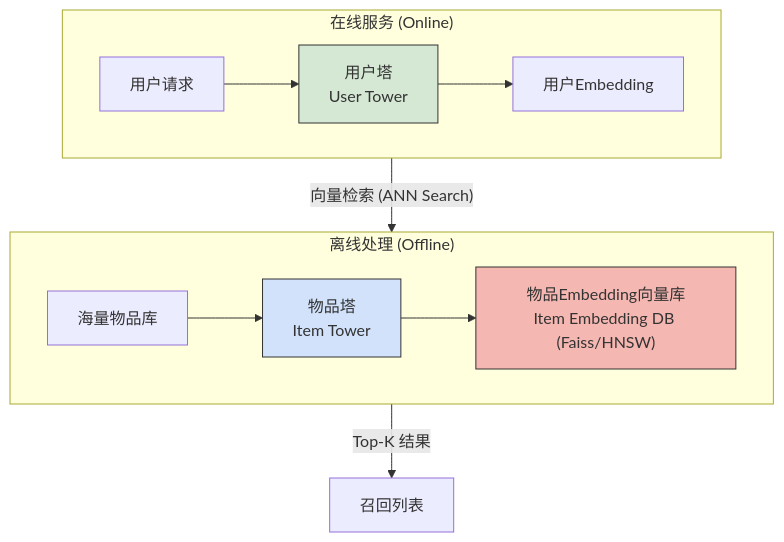
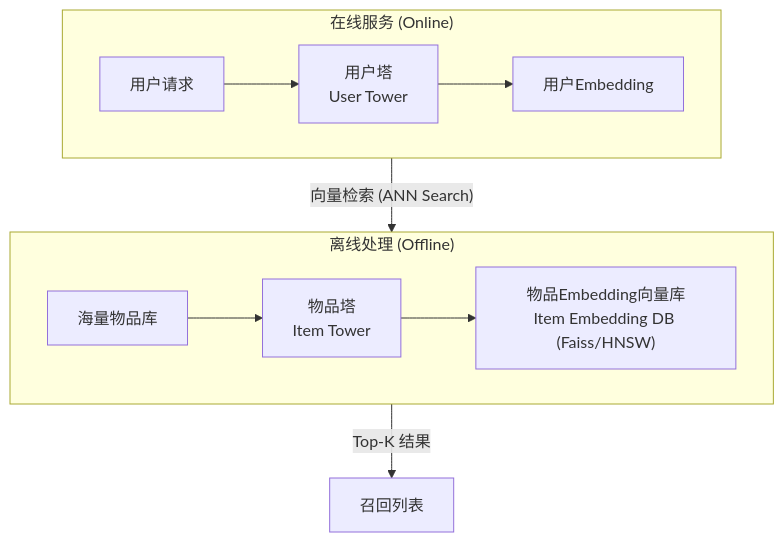
The diagram in docs/zh/3.第三章：推荐算法--比你更懂你的贴心小棉袄/2.深度学习文艺复兴/4.recall_models.md (1985312383/search-rec-ads-cosmos-explorer), drawn with Mermaid before and after one commit. The commit also changed 4 other files, not shown here.

````diff
--- a/docs/zh/3.第三章：推荐算法--比你更懂你的贴心小棉袄/2.深度学习文艺复兴/4.recall_models.md
+++ b/docs/zh/3.第三章：推荐算法--比你更懂你的贴心小棉袄/2.深度学习文艺复兴/4.recall_models.md
@@ -28,21 +28,18 @@
 ```mermaid
 graph TD
     subgraph "离线处理 (Offline)"
         direction LR
         I["海量物品库"] --> IT["物品塔<br/>Item Tower"]
         IT --> IV["物品Embedding向量库<br/>Item Embedding DB (Faiss/HNSW)"]
     end
 
     subgraph "在线服务 (Online)"
         direction LR
         U["用户请求"] --> UT["用户塔<br/>User Tower"]
         UT --> UE["用户Embedding"]
     end
     
     UE -->|"向量检索 (ANN Search)"| IV
     IV -->|"Top-K 结果"| R["召回列表"]
 
-    style IT fill:#D2E2FB,stroke:#333
-    style UT fill:#D5E8D4,stroke:#333
-    style IV fill:#F5B7B1,stroke:#333
 ```
````
